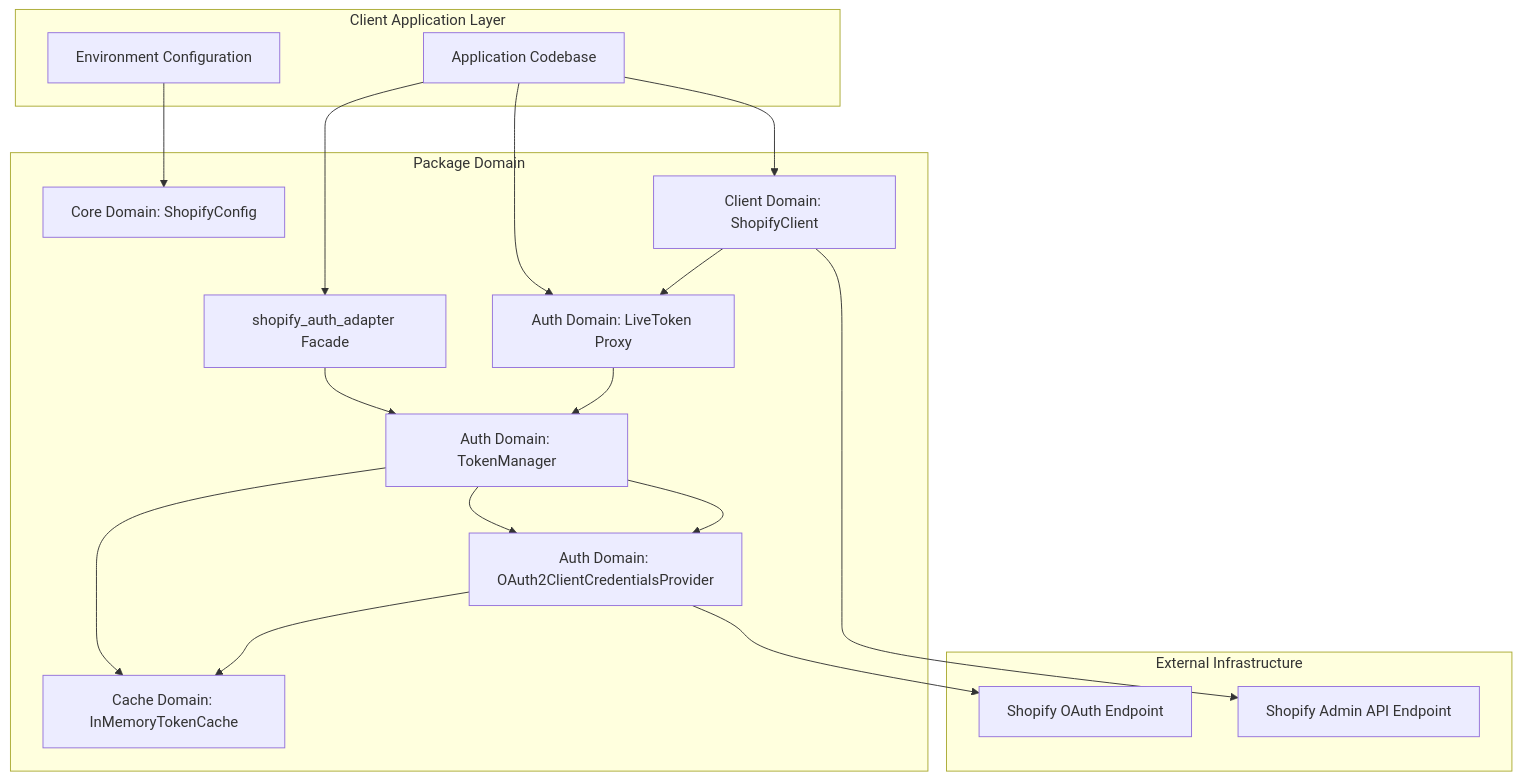
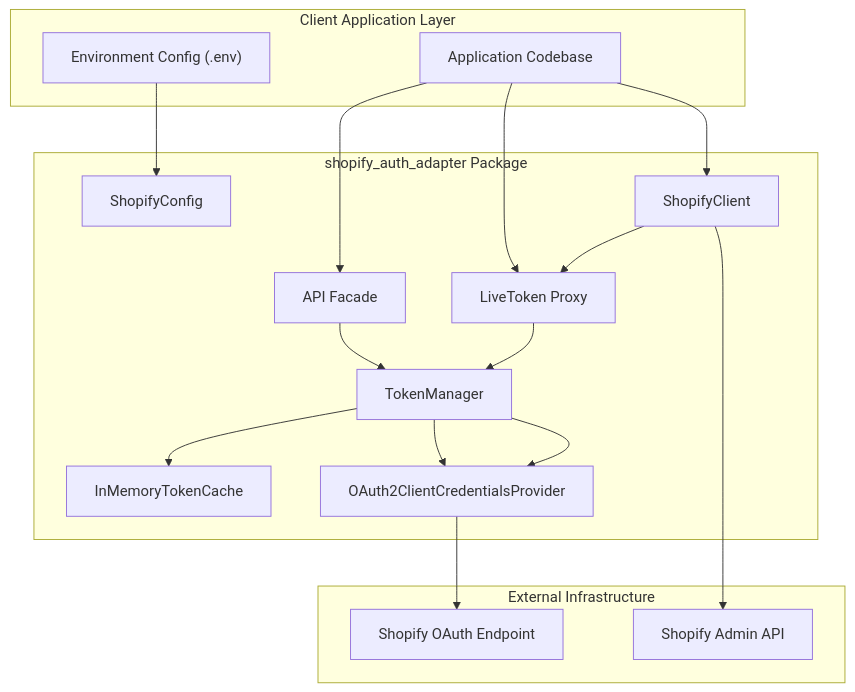
The first of 3 diagrams in README.md (AhmadHassan-BTed/ShopifyAutoAuth), drawn with Mermaid before and after one commit. The commit also changed other lines of this file, not shown here.

Commit message:
docs: fix Mermaid syntax for web renderer and document PyPA src layout rationale

````diff
--- a/README.md
+++ b/README.md
@@ -138,38 +138,37 @@
 ```mermaid
 flowchart TD
-    subgraph Client Application Layer
-        App[Application Codebase]
-        Env[Environment Configuration]
+    subgraph AppLayer["Client Application Layer"]
+        App["Application Codebase"]
+        Env["Environment Config (.env)"]
     end
 
-    subgraph Package Domain
-        Facade[shopify_auth_adapter Facade]
-        Config[Core Domain: ShopifyConfig]
-        Proxy[Auth Domain: LiveToken Proxy]
-        Manager[Auth Domain: TokenManager]
-        Cache[Cache Domain: InMemoryTokenCache]
-        Provider[Auth Domain: OAuth2ClientCredentialsProvider]
-        Client[Client Domain: ShopifyClient]
+    subgraph PkgDomain["shopify_auth_adapter Package"]
+        Facade["API Facade"]
+        Config["ShopifyConfig"]
+        Proxy["LiveToken Proxy"]
+        Manager["TokenManager"]
+        Cache["InMemoryTokenCache"]
+        Provider["OAuth2ClientCredentialsProvider"]
+        Client["ShopifyClient"]
     end
 
-    subgraph External Infrastructure
-        ShopifyAuth[Shopify OAuth Endpoint]
-        ShopifyAPI[Shopify Admin API Endpoint]
+    subgraph ExtInfra["External Infrastructure"]
+        ShopifyAuth["Shopify OAuth Endpoint"]
+        ShopifyAPI["Shopify Admin API"]
     end
 
     Env --> Config
     App --> Facade
     Facade --> Manager
     Manager --> Provider
     
     App --> Proxy
     Proxy --> Manager
     Manager --> Cache
     Manager --> Provider
     Provider --> ShopifyAuth
-    Provider --> Cache
 
     App --> Client
     Client --> Proxy
     Client --> ShopifyAPI
 ```
````
